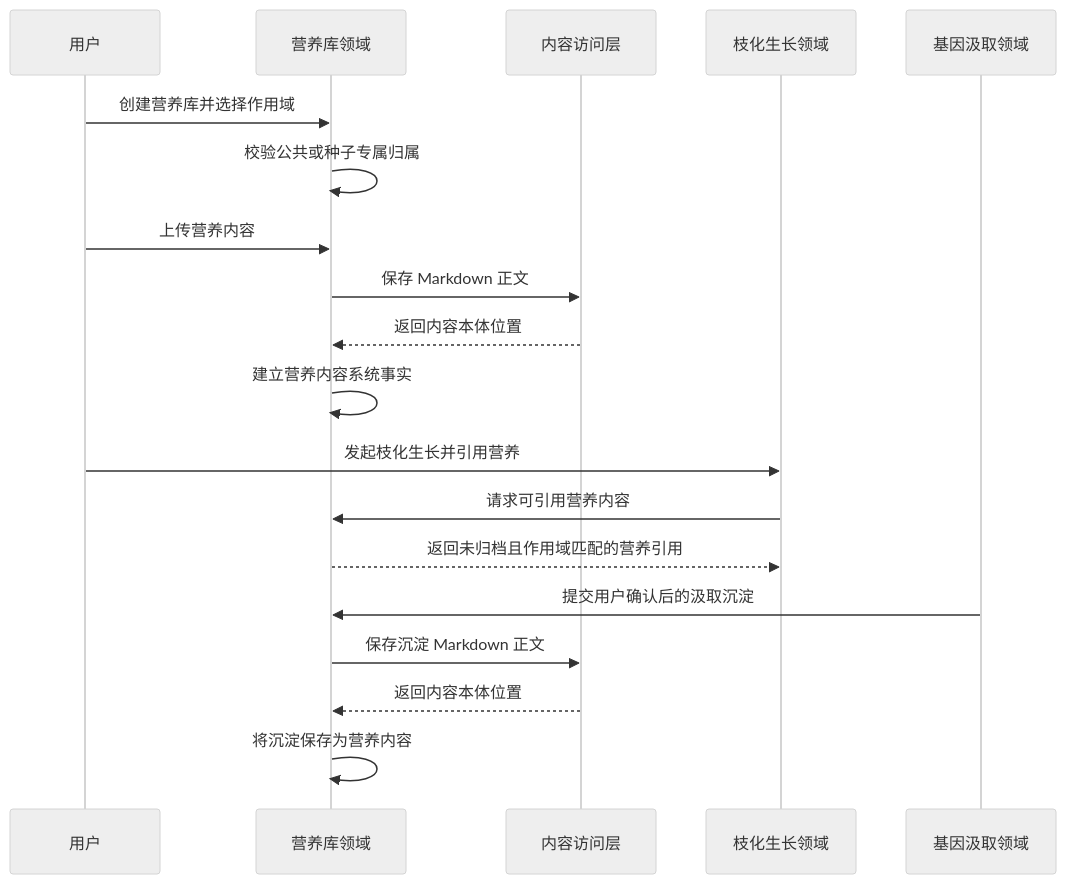
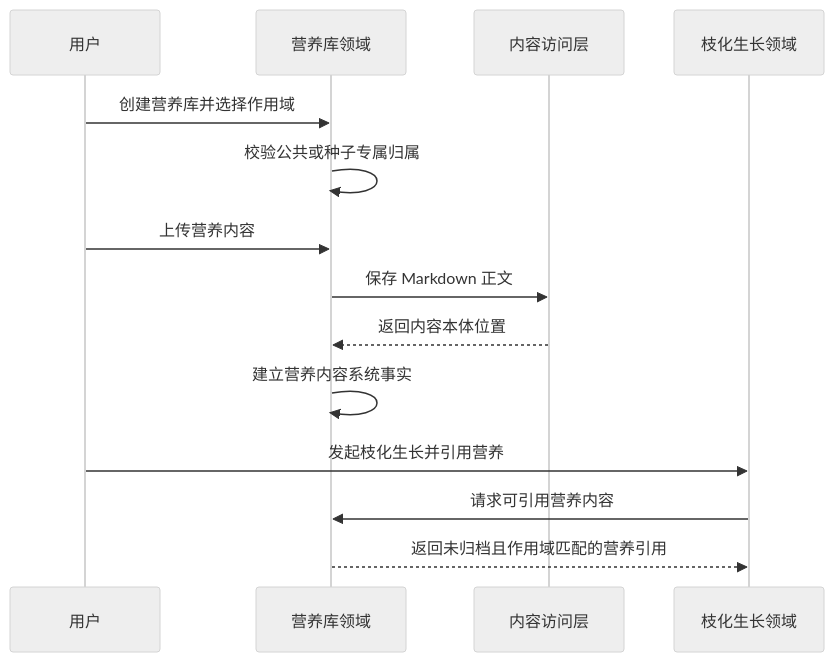
One commit to Time-Machine-Lab/ContentForest changed the second of 3 diagrams in docs/design/domain/营养库领域模块设计文档.md. Above: the diagram before and after it, drawn with Mermaid (neutral theme). The commit also changed other lines of this file and 32 other files, not shown here.

````diff
--- a/docs/design/domain/营养库领域模块设计文档.md
+++ b/docs/design/domain/营养库领域模块设计文档.md
@@ -108,22 +101,17 @@
 ```mermaid
 sequenceDiagram
     participant User as 用户
     participant Nutrient as 营养库领域
     participant Content as 内容访问层
     participant Growth as 枝化生长领域
-    participant Gene as 基因汲取领域
 
     User->>Nutrient: 创建营养库并选择作用域
     Nutrient->>Nutrient: 校验公共或种子专属归属
     User->>Nutrient: 上传营养内容
     Nutrient->>Content: 保存 Markdown 正文
     Content-->>Nutrient: 返回内容本体位置
     Nutrient->>Nutrient: 建立营养内容系统事实
     User->>Growth: 发起枝化生长并引用营养
     Growth->>Nutrient: 请求可引用营养内容
     Nutrient-->>Growth: 返回未归档且作用域匹配的营养引用
-    Gene->>Nutrient: 提交用户确认后的汲取沉淀
-    Nutrient->>Content: 保存沉淀 Markdown 正文
-    Content-->>Nutrient: 返回内容本体位置
-    Nutrient->>Nutrient: 将沉淀保存为营养内容
 ```
````
